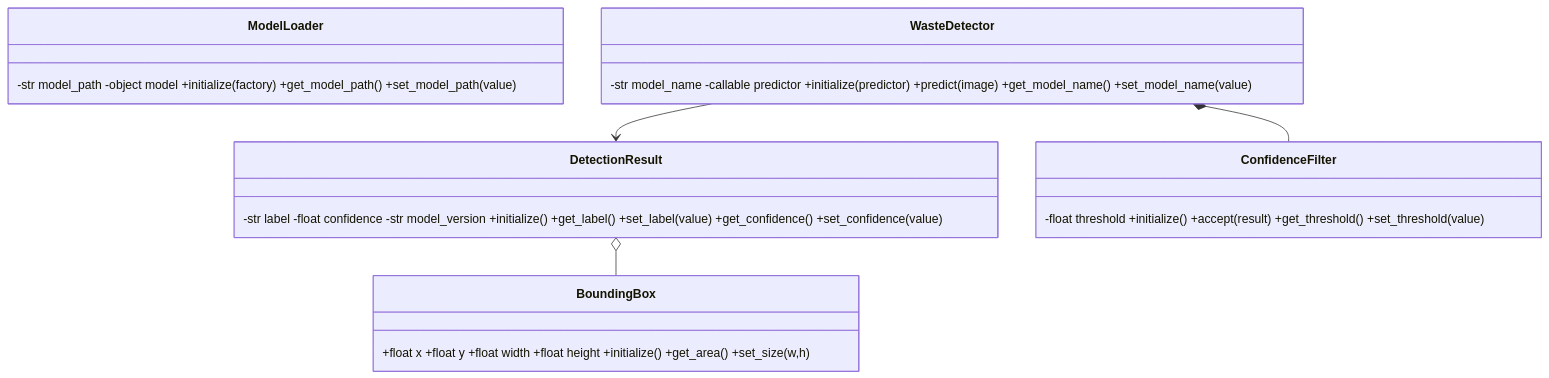
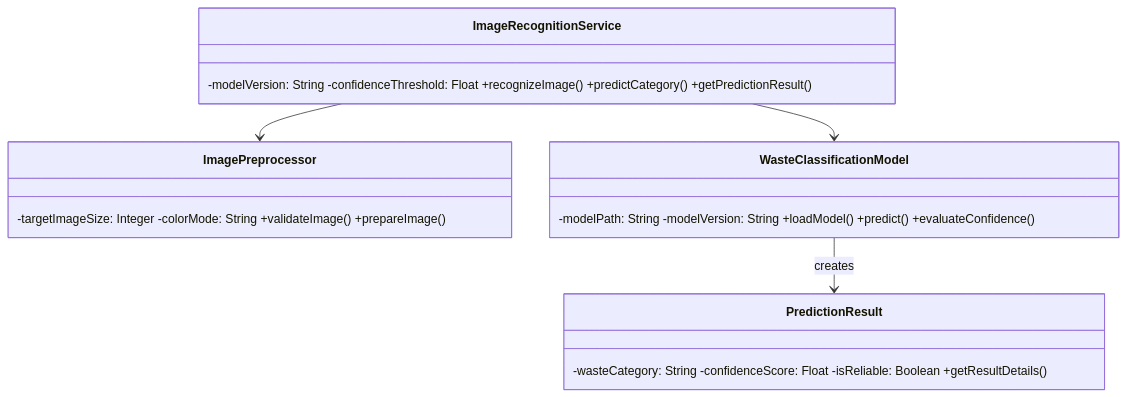
One commit to Deepa-FH/EcoSort-AI-Team22 changed the diagram in diagrams/subsystem_2_uml.mmd. Above: the diagram before and after it, drawn with Mermaid. The commit also changed 46 other files, not shown here.

Commit message:
Align Home Assignment 1 classes with capstone UML

```diff
--- a/diagrams/subsystem_2_uml.mmd
+++ b/diagrams/subsystem_2_uml.mmd
@@ -1,9 +1,8 @@
 classDiagram
-class ModelLoader { -str model_path -object model +initialize(factory) +get_model_path() +set_model_path(value) }
-class BoundingBox { +float x +float y +float width +float height +initialize() +get_area() +set_size(w,h) }
-class DetectionResult { -str label -float confidence -str model_version +initialize() +get_label() +set_label(value) +get_confidence() +set_confidence(value) }
-class ConfidenceFilter { -float threshold +initialize() +accept(result) +get_threshold() +set_threshold(value) }
-class WasteDetector { -str model_name -callable predictor +initialize(predictor) +predict(image) +get_model_name() +set_model_name(value) }
-DetectionResult o-- BoundingBox
-WasteDetector *-- ConfidenceFilter
-WasteDetector --> DetectionResult
+class ImageRecognitionService { -modelVersion: String -confidenceThreshold: Float +recognizeImage() +predictCategory() +getPredictionResult() }
+class ImagePreprocessor { -targetImageSize: Integer -colorMode: String +validateImage() +prepareImage() }
+class WasteClassificationModel { -modelPath: String -modelVersion: String +loadModel() +predict() +evaluateConfidence() }
+class PredictionResult { -wasteCategory: String -confidenceScore: Float -isReliable: Boolean +getResultDetails() }
+ImageRecognitionService --> ImagePreprocessor
+ImageRecognitionService --> WasteClassificationModel
+WasteClassificationModel --> PredictionResult : creates
```
